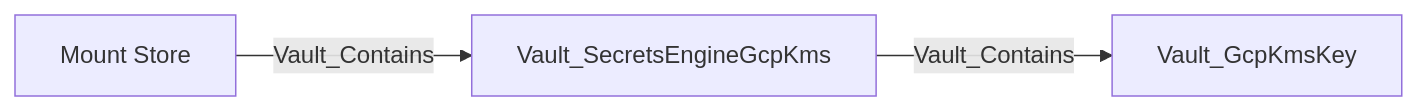
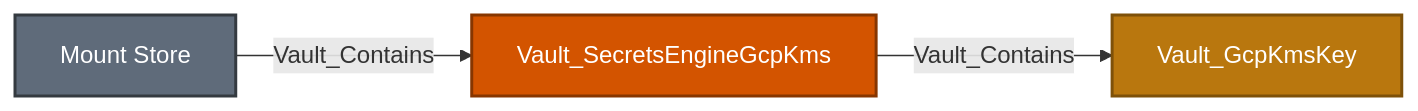
Diagram 12 of 29 in Documentation/stores/MOUNTS.md (bytewreck/opengraph-vault), drawn with Mermaid before and after one commit. The commit also changed other lines of this file and 4 other files, not shown here.

````diff
--- a/Documentation/stores/MOUNTS.md
+++ b/Documentation/stores/MOUNTS.md
@@ -333,5 +375,9 @@
 ```mermaid
 flowchart LR
-    store[Mount Store] -->|Vault_Contains| mount[Vault_SecretsEngineGcpKms]
-    mount -->|Vault_Contains| key[Vault_GcpKmsKey]
+    store[Mount Store]:::storeNode -->|Vault_Contains| mount[Vault_SecretsEngineGcpKms]:::mountNode
+    mount -->|Vault_Contains| key[Vault_GcpKmsKey]:::keyNode
+
+    classDef storeNode fill:#5F6B7A,color:#fff,stroke:#343A40,stroke-width:2px
+    classDef mountNode fill:#D35400,color:#fff,stroke:#873600,stroke-width:2px
+    classDef keyNode fill:#B9770E,color:#fff,stroke:#7E5109,stroke-width:2px
 ```
````
